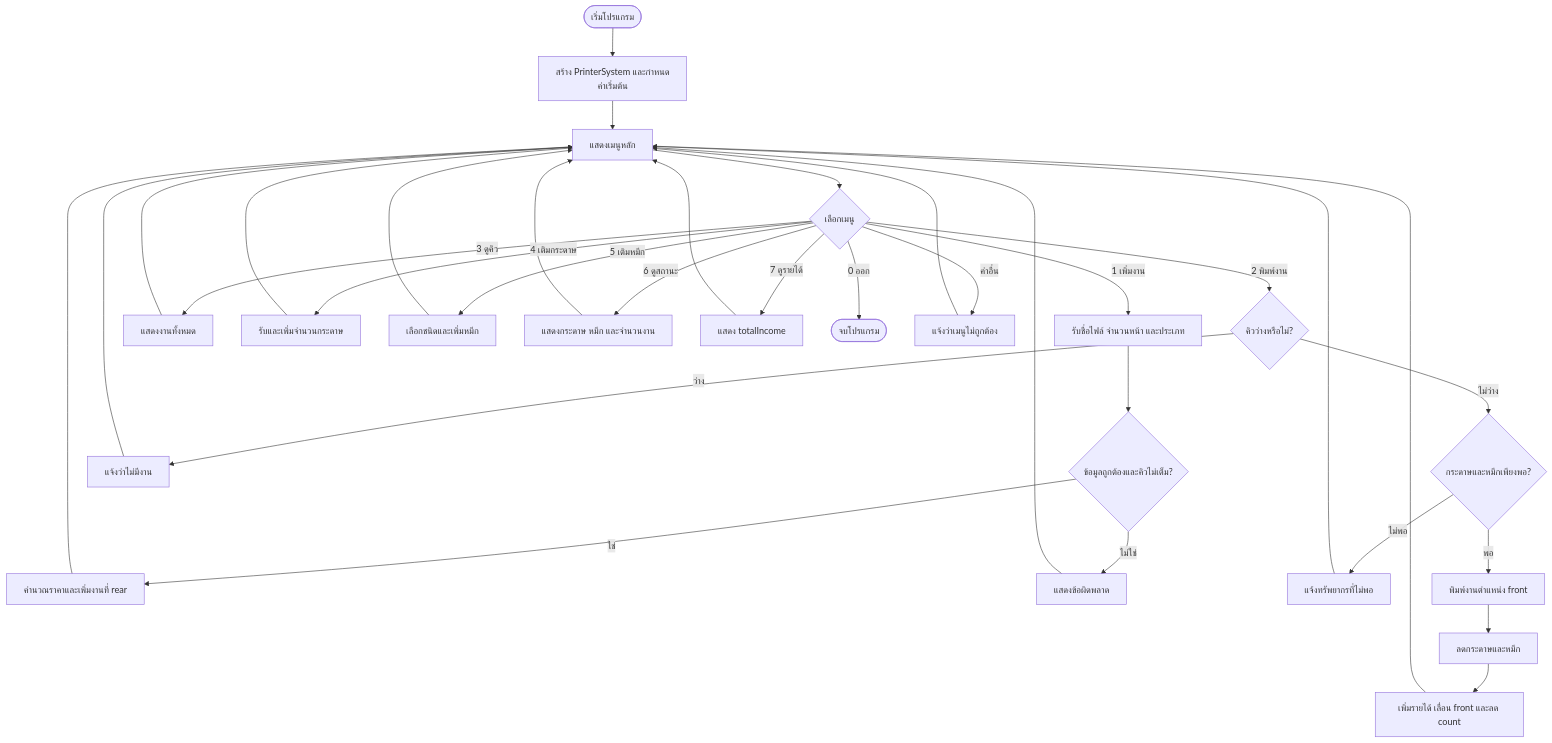
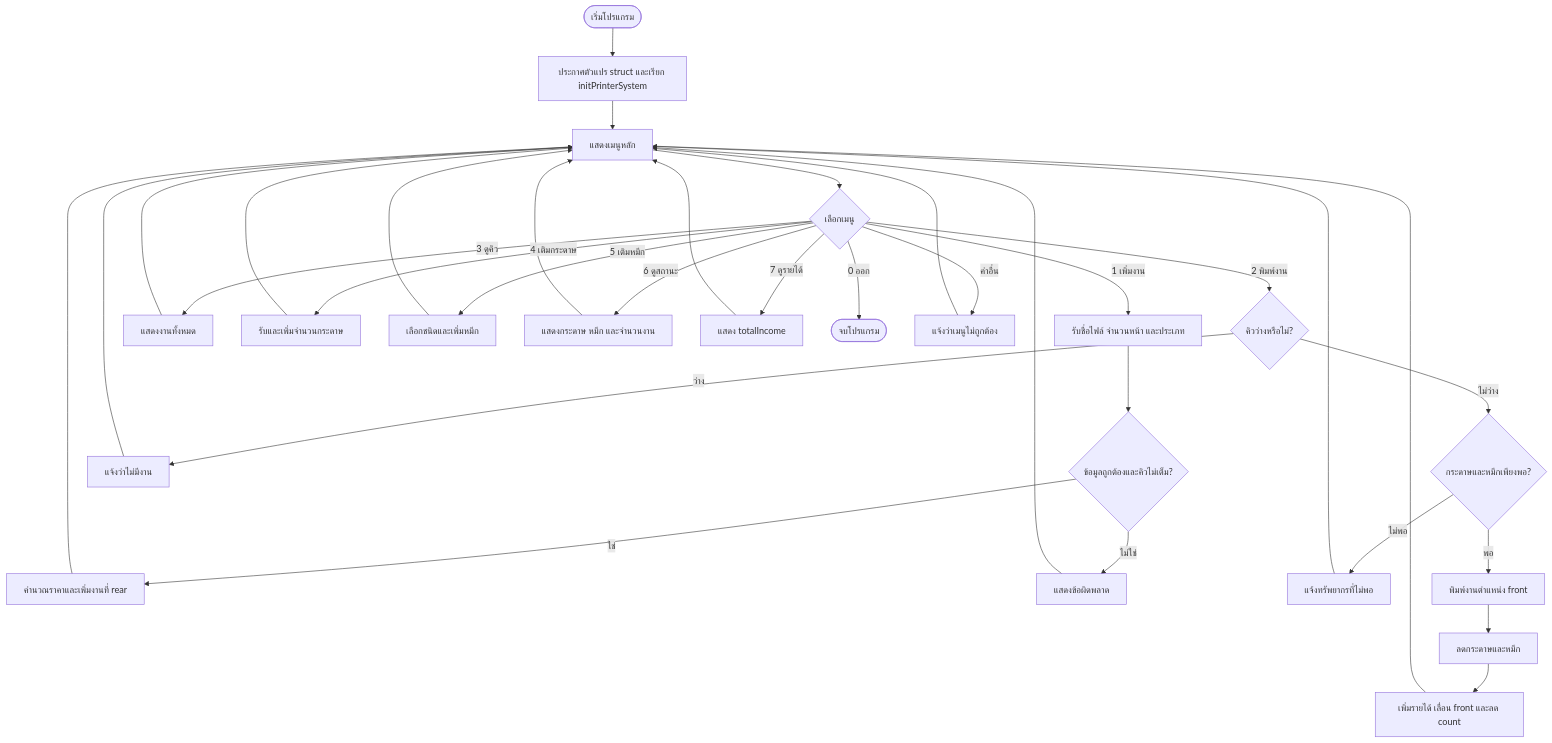
One commit to CrossLammy/DSA-project changed the second of 2 diagrams in printer-system-project-plan.md. Above: the diagram before and after it, drawn with Mermaid. The commit also changed other lines of this file, not shown here.

````diff
--- a/printer-system-project-plan.md
+++ b/printer-system-project-plan.md
@@ -381,43 +403,43 @@
 ```mermaid
 flowchart TD
-    A([เริ่มโปรแกรม]) --> B[สร้าง PrinterSystem และกำหนดค่าเริ่มต้น]
+    A([เริ่มโปรแกรม]) --> B[ประกาศตัวแปร struct และเรียก initPrinterSystem]
     B --> C[แสดงเมนูหลัก]
     C --> D{เลือกเมนู}
 
     D -->|1 เพิ่มงาน| E[รับชื่อไฟล์ จำนวนหน้า และประเภท]
     E --> F{ข้อมูลถูกต้องและคิวไม่เต็ม?}
     F -->|ใช่| G[คำนวณราคาและเพิ่มงานที่ rear]
     F -->|ไม่ใช่| H[แสดงข้อผิดพลาด]
     G --> C
     H --> C
 
     D -->|2 พิมพ์งาน| I{คิวว่างหรือไม่?}
     I -->|ว่าง| J[แจ้งว่าไม่มีงาน]
     I -->|ไม่ว่าง| K{กระดาษและหมึกเพียงพอ?}
     K -->|ไม่พอ| L[แจ้งทรัพยากรที่ไม่พอ]
     K -->|พอ| M[พิมพ์งานตำแหน่ง front]
     M --> N[ลดกระดาษและหมึก]
     N --> O[เพิ่มรายได้ เลื่อน front และลด count]
     J --> C
     L --> C
     O --> C
 
     D -->|3 ดูคิว| P[แสดงงานทั้งหมด]
     P --> C
 
     D -->|4 เติมกระดาษ| Q[รับและเพิ่มจำนวนกระดาษ]
     Q --> C
 
     D -->|5 เติมหมึก| R[เลือกชนิดและเพิ่มหมึก]
     R --> C
 
     D -->|6 ดูสถานะ| S[แสดงกระดาษ หมึก และจำนวนงาน]
     S --> C
 
     D -->|7 ดูรายได้| T[แสดง totalIncome]
     T --> C
 
     D -->|0 ออก| U([จบโปรแกรม])
     D -->|ค่าอื่น| V[แจ้งว่าเมนูไม่ถูกต้อง]
     V --> C
 ```
````
